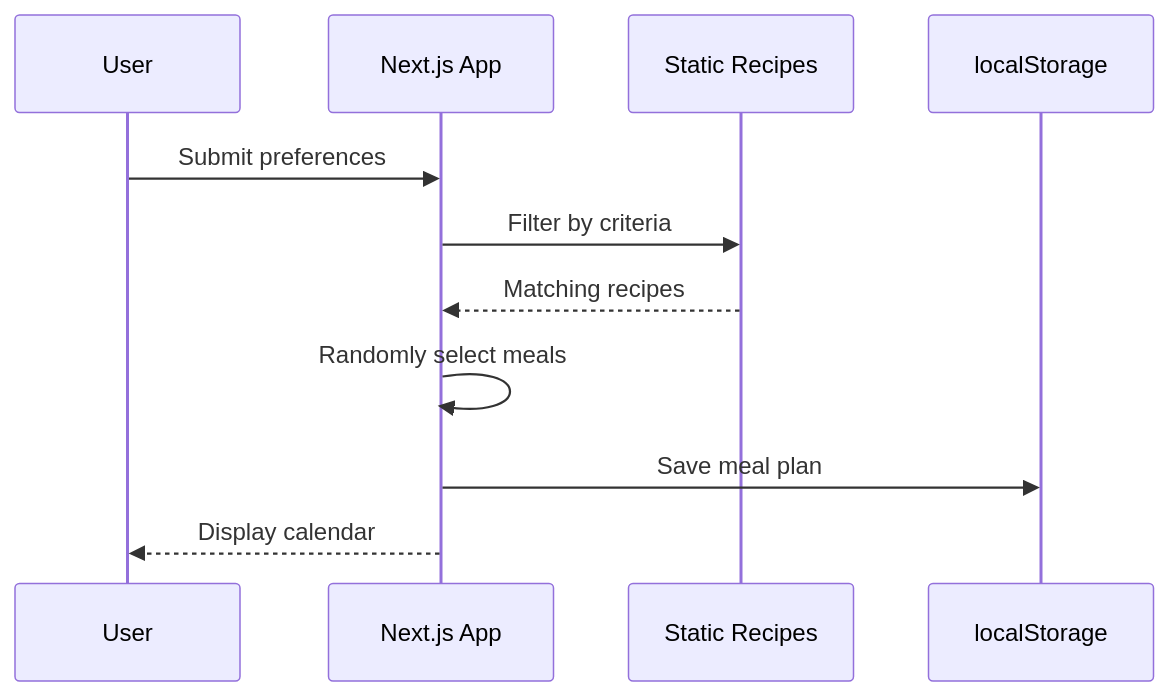
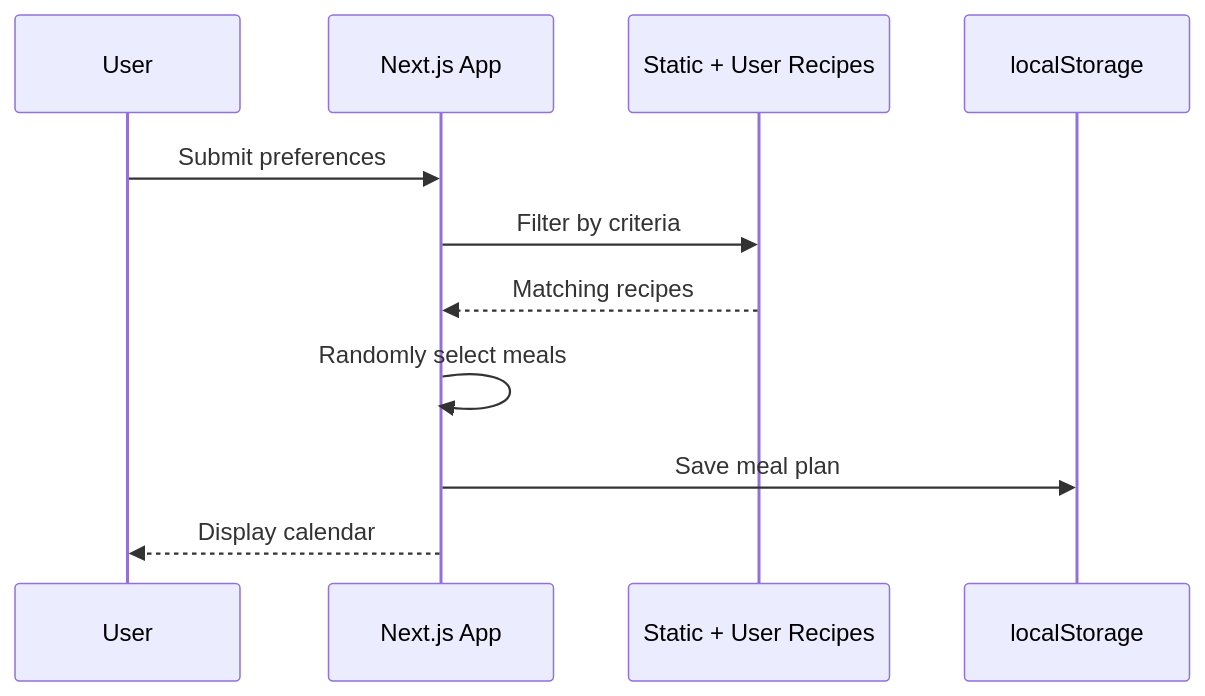
One commit to dp-lewis/food-plan changed the fourth of 5 diagrams in docs/architecture.md. Above: the diagram before and after it, drawn with Mermaid. The commit also changed other lines of this file and 5 other files, not shown here.

````diff
--- a/docs/architecture.md
+++ b/docs/architecture.md
@@ -120,14 +99,14 @@
 ```mermaid
 sequenceDiagram
     participant U as User
     participant App as Next.js App
-    participant R as Static Recipes
+    participant R as Static + User Recipes
     participant LS as localStorage
 
     U->>App: Submit preferences
     App->>R: Filter by criteria
     R-->>App: Matching recipes
     App->>App: Randomly select meals
     App->>LS: Save meal plan
     App-->>U: Display calendar
 ```
````
